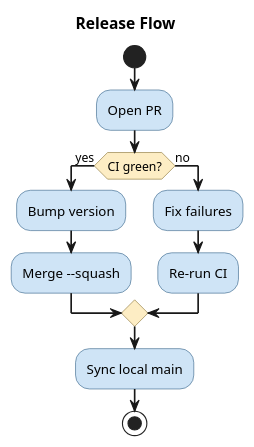
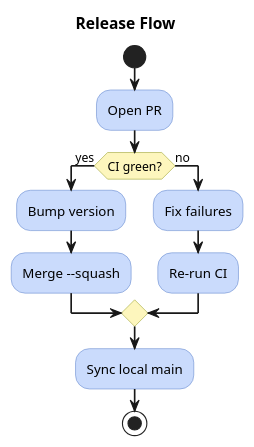
Before and after one commit to artem-from-ua/claude-plugins: the first of 3 diagrams in plugins/plantuml/skills/plantuml-diagram-guide/references/styling.md, drawn with PlantUML. The commit also changed other lines of this file and 5 other files, not shown here.

````diff
--- a/plugins/plantuml/skills/plantuml-diagram-guide/references/styling.md
+++ b/plugins/plantuml/skills/plantuml-diagram-guide/references/styling.md
@@ -21,22 +21,22 @@
 ```plantuml
 @startuml
 title Release Flow
 skinparam ArrowThickness 1.5
-skinparam ActivityBackgroundColor #CFE4F6
-skinparam ActivityBorderColor #25557E
-skinparam ActivityDiamondBackgroundColor #FDEDC4
-skinparam ActivityDiamondBorderColor #7E6525
+skinparam ActivityBackgroundColor #CADBFC
+skinparam ActivityBorderColor #6287CD
+skinparam ActivityDiamondBackgroundColor #FDF6BD
+skinparam ActivityDiamondBorderColor #99A02C
 
 start
 :Open PR;
 if (CI green?) then (yes)
   :Bump version;
   :Merge --squash;
 else (no)
   :Fix failures;
   :Re-run CI;
 endif
 :Sync local main;
 stop
 @enduml
 ```
````
